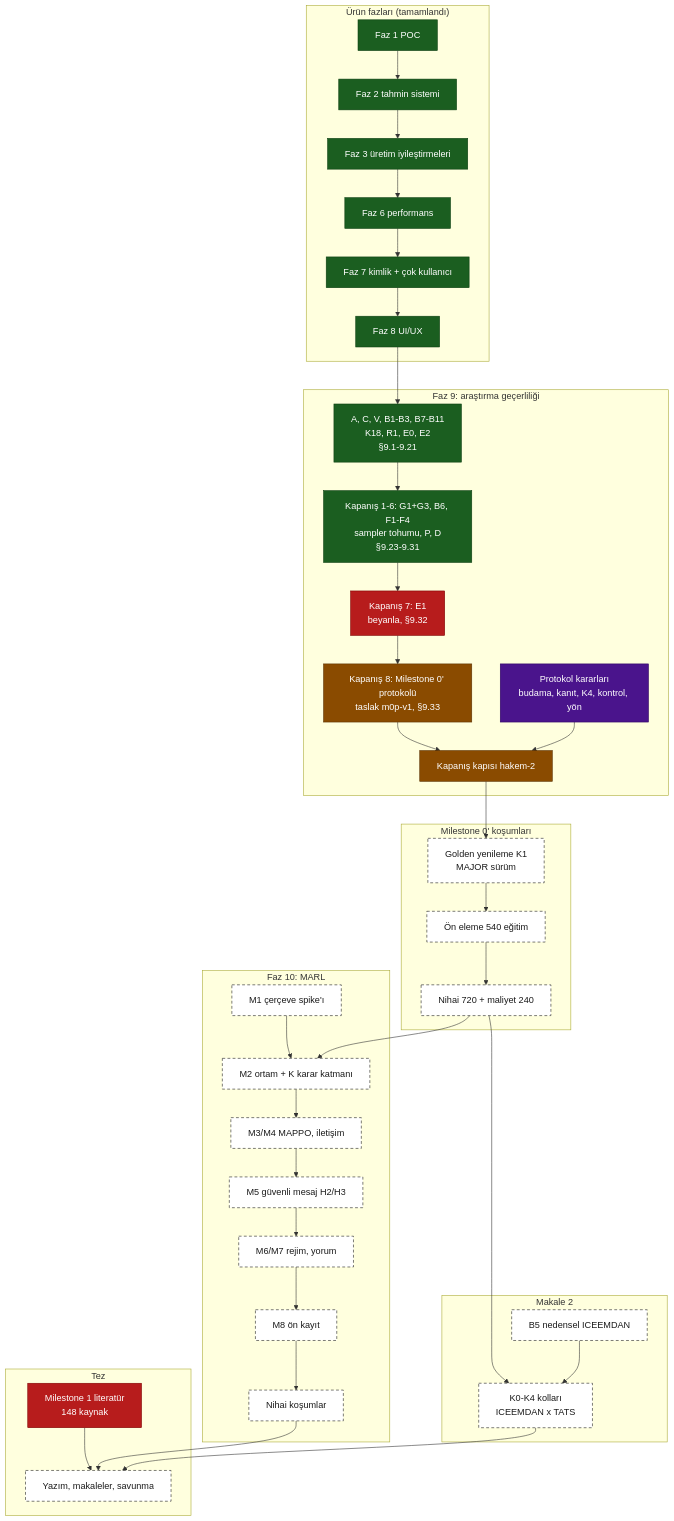
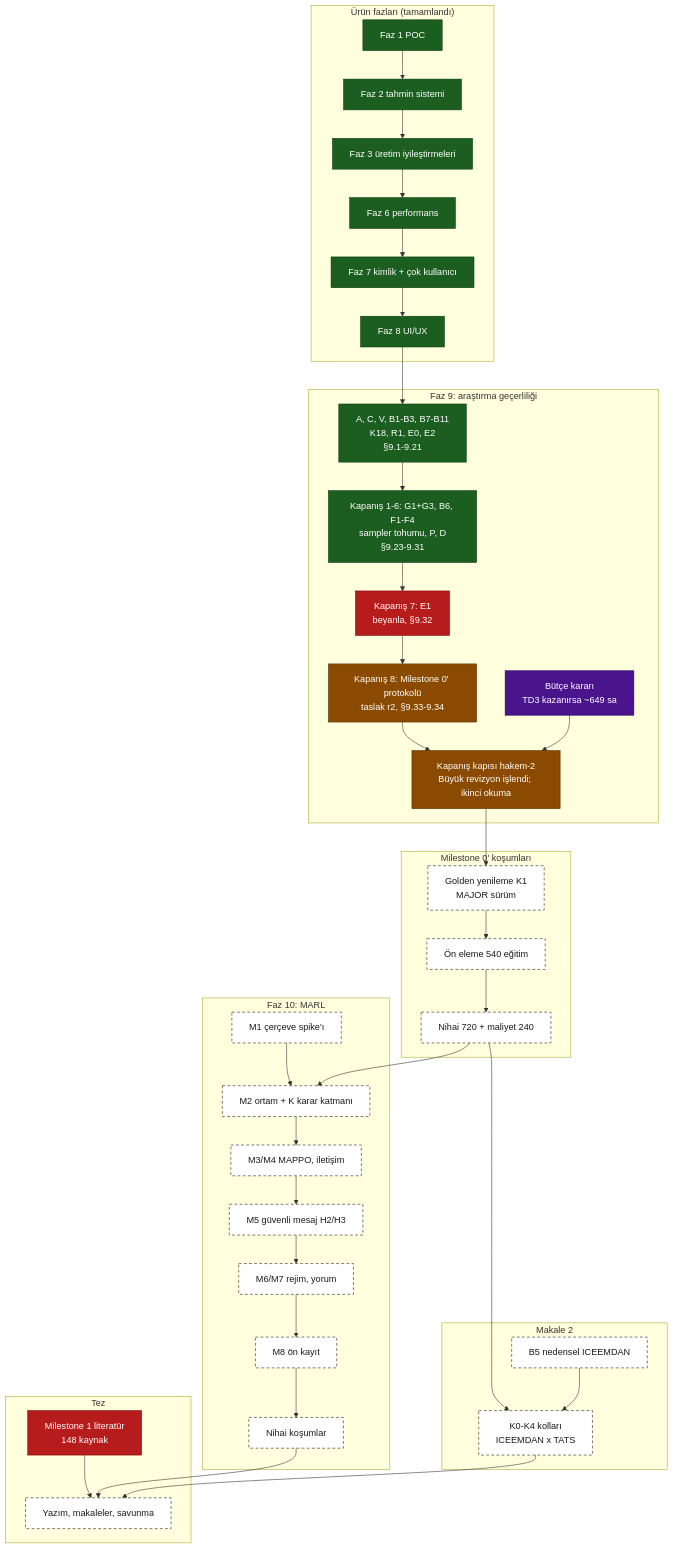
Before and after one commit to softdevcan/RL-Trading-Project: the second of 2 diagrams in docs/development/system-map.md, drawn with Mermaid. The commit also changed other lines of this file and 12 other files, not shown here.

First line of the commit message:
docs: §9.34 kapanis kapisi (hakem-2 Buyuk) islendi — protokol r2, MDE, K4 olcegi, acik pencere kapisi, butce; kosum betigi denetimleri; surum v1.17.0

````diff
--- a/docs/development/system-map.md
+++ b/docs/development/system-map.md
@@ -112,63 +112,63 @@
 ```mermaid
 flowchart TB
   classDef done fill:#1b5e20,stroke:#0b3d10,color:#ffffff
   classDef partial fill:#b71c1c,stroke:#7f0000,color:#ffffff
   classDef active fill:#8a4b00,stroke:#5a3000,color:#ffffff
   classDef decision fill:#4a148c,stroke:#2a0060,color:#ffffff
   classDef planned fill:#ffffff,stroke:#1a1a1a,stroke-dasharray:5 4,color:#1a1a1a
 
   subgraph URUN["Ürün fazları (tamamlandı)"]
     F1["Faz 1 POC"]:::done
     F2["Faz 2 tahmin sistemi"]:::done
     F3["Faz 3 üretim iyileştirmeleri"]:::done
     F6["Faz 6 performans"]:::done
     F7["Faz 7 kimlik + çok kullanıcı"]:::done
     F8["Faz 8 UI/UX"]:::done
   end
 
   subgraph F9["Faz 9: araştırma geçerliliği"]
     P9A["A, C, V, B1-B3, B7-B11<br/>K18, R1, E0, E2<br/>§9.1-9.21"]:::done
     P9B["Kapanış 1-6: G1+G3, B6, F1-F4<br/>sampler tohumu, P, D<br/>§9.23-9.31"]:::done
     P9E["Kapanış 7: E1<br/>beyanla, §9.32"]:::partial
-    P9M["Kapanış 8: Milestone 0' protokolü<br/>taslak m0p-v1, §9.33"]:::active
-    H2["Kapanış kapısı hakem-2"]:::active
-    KD["Protokol kararları<br/>budama, kanıt, K4, kontrol, yön"]:::decision
+    P9M["Kapanış 8: Milestone 0' protokolü<br/>taslak r2, §9.33-9.34"]:::active
+    H2["Kapanış kapısı hakem-2<br/>Büyük revizyon işlendi; ikinci okuma"]:::active
+    KD["Bütçe kararı<br/>TD3 kazanırsa ~649 sa"]:::decision
   end
 
   subgraph M0["Milestone 0' koşumları"]
     GOLD["Golden yenileme K1<br/>MAJOR sürüm"]:::planned
     PRE["Ön eleme 540 eğitim"]:::planned
     FIN["Nihai 720 + maliyet 240"]:::planned
   end
 
   subgraph M2P["Makale 2"]
     B5["B5 nedensel ICEEMDAN"]:::planned
     K0K4["K0-K4 kolları<br/>ICEEMDAN x TATS"]:::planned
   end
 
   subgraph F10["Faz 10: MARL"]
     M1["M1 çerçeve spike'ı"]:::planned
     M2["M2 ortam + K karar katmanı"]:::planned
     M34["M3/M4 MAPPO, iletişim"]:::planned
     M5["M5 güvenli mesaj H2/H3"]:::planned
     M67["M6/M7 rejim, yorum"]:::planned
     M8["M8 ön kayıt"]:::planned
     FINAL["Nihai koşumlar"]:::planned
   end
 
   subgraph TEZ["Tez"]
     T1["Milestone 1 literatür<br/>148 kaynak"]:::partial
     T4["Yazım, makaleler, savunma"]:::planned
   end
 
   F1 --> F2 --> F3 --> F6 --> F7 --> F8 --> P9A --> P9B --> P9E --> P9M --> H2
   KD --> H2
   H2 --> GOLD --> PRE --> FIN
   FIN --> K0K4
   B5 --> K0K4
   M1 --> M2
   FIN --> M2 --> M34 --> M5 --> M67 --> M8 --> FINAL
   T1 --> T4
   FINAL --> T4
   K0K4 --> T4
 ```
````
